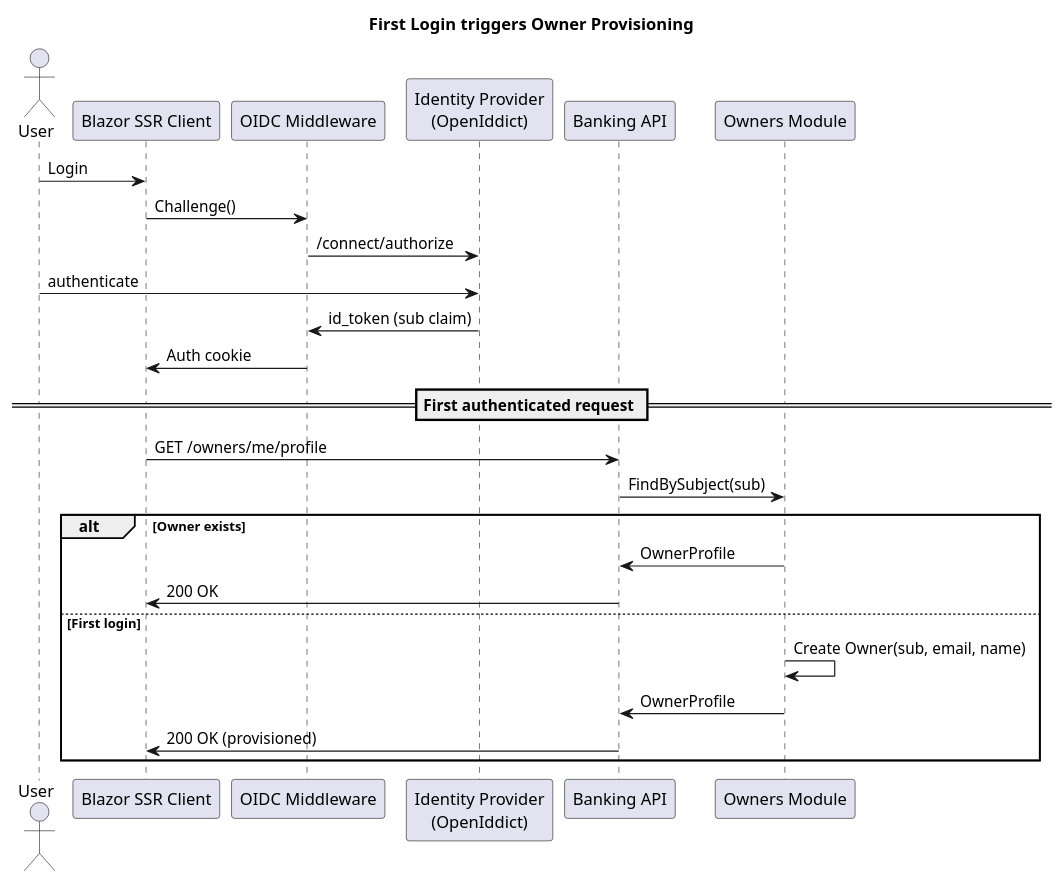
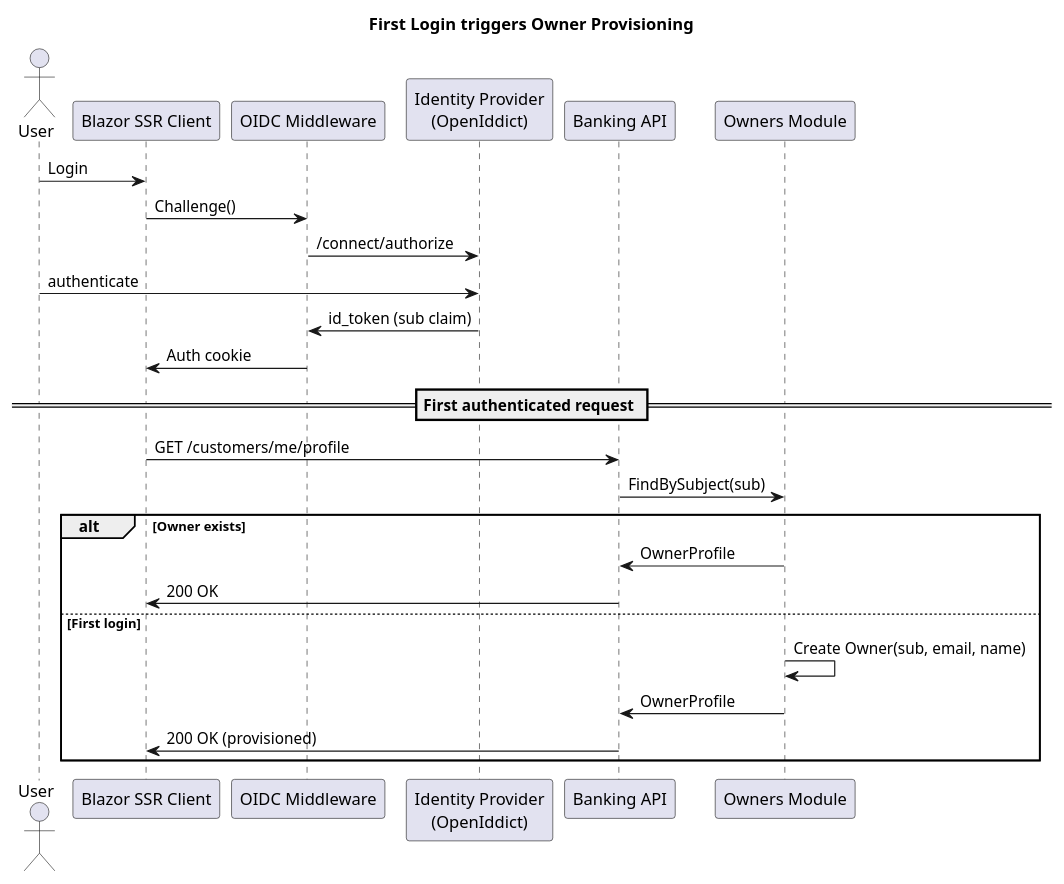
Before and after one commit to berndRog/IdentityAccessServer: the diagram in IdentityAccessServer/1UML/3_Provisioning.puml, drawn with PlantUML. The commit also changed 75 other files, not shown here.

```diff
--- a/IdentityAccessServer/1UML/3_Provisioning.puml
+++ b/IdentityAccessServer/1UML/3_Provisioning.puml
@@ -1,33 +1,33 @@
 @startuml
 title First Login triggers Owner Provisioning
 
 actor User
 participant "Blazor SSR Client" as Client
 participant "OIDC Middleware" as Middleware
 participant "Identity Provider\n(OpenIddict)" as IdP
 participant "Banking API" as API
 participant "Owners Module" as Owners
 
 User -> Client : Login
 Client -> Middleware : Challenge()
 
 Middleware -> IdP : /connect/authorize
 User -> IdP : authenticate
 IdP -> Middleware : id_token (sub claim)
 Middleware -> Client : Auth cookie
 
 == First authenticated request ==
 
-Client -> API : GET /owners/me/profile
+Client -> API : GET /customers/me/profile
 API -> Owners : FindBySubject(sub)
 
 alt Owner exists
     Owners -> API : OwnerProfile
     API -> Client : 200 OK
 else First login
     Owners -> Owners : Create Owner(sub, email, name)
     Owners -> API : OwnerProfile
     API -> Client : 200 OK (provisioned)
 end
 
 @enduml
```
